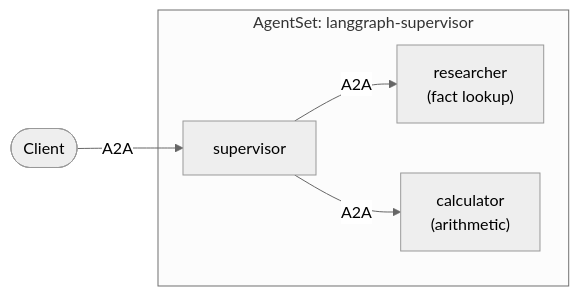
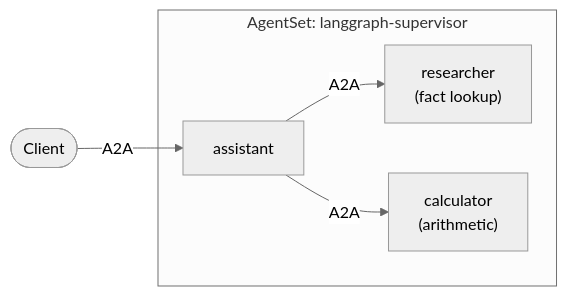
One commit to kynoproj/kynomesh changed the diagram in docs/tutorials/langgraph/2-supervisor.md. Above: the diagram before and after it, drawn with Mermaid (neutral theme). The commit also changed other lines of this file and 8 other files, not shown here.

````diff
--- a/docs/tutorials/langgraph/2-supervisor.md
+++ b/docs/tutorials/langgraph/2-supervisor.md
@@ -9,8 +9,8 @@
 ```mermaid
 flowchart LR
-    client([Client]) -- A2A --> supervisor
+    client([Client]) -- A2A --> assistant
     subgraph set ["AgentSet: langgraph-supervisor"]
-        supervisor -- A2A --> researcher["researcher<br/>(fact lookup)"]
-        supervisor -- A2A --> calculator["calculator<br/>(arithmetic)"]
+        assistant -- A2A --> researcher["researcher<br/>(fact lookup)"]
+        assistant -- A2A --> calculator["calculator<br/>(arithmetic)"]
     end
 ```
````
